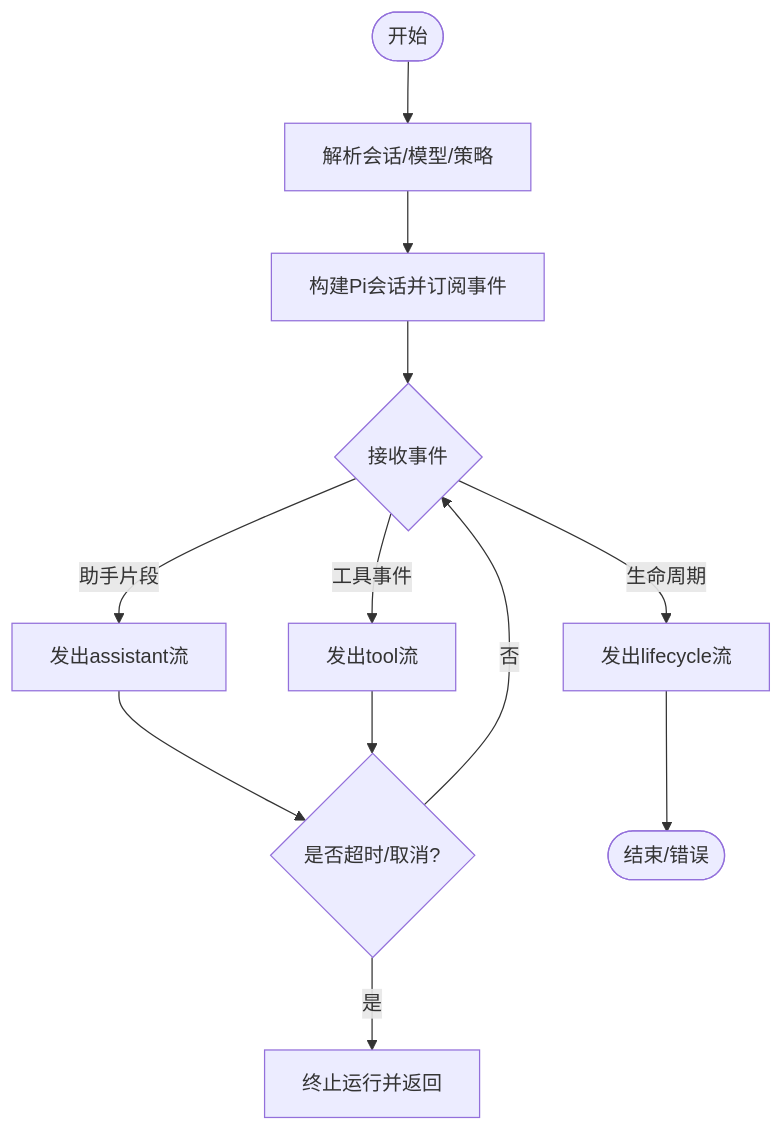
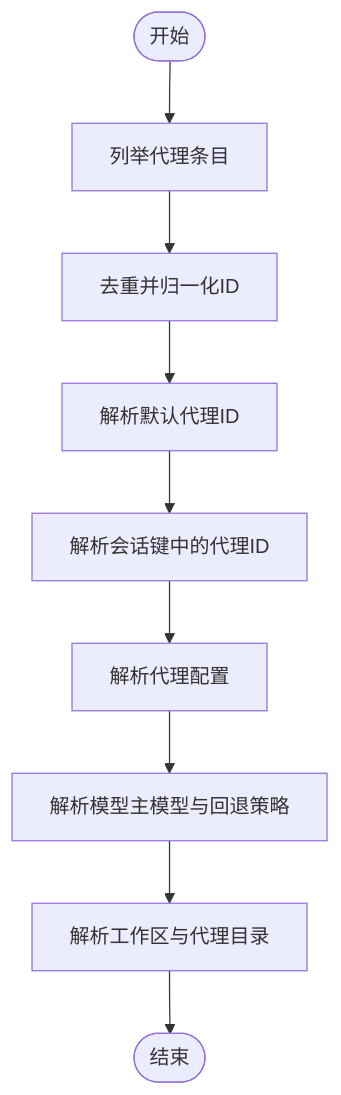
The third of 11 diagrams in .qoder/repowiki/zh/content/AI代理系统/AI代理系统.md (HACK-WU/openclaw), drawn with Mermaid before and after one commit. The commit also changed other lines of this file and 549 other files, not shown here.

````diff
--- a/.qoder/repowiki/zh/content/AI代理系统/AI代理系统.md
+++ b/.qoder/repowiki/zh/content/AI代理系统/AI代理系统.md
@@ -161,14 +154,11 @@
 ```mermaid
 flowchart TD
-Start(["开始"]) --> Resolve["解析会话/模型/策略"]
-Resolve --> Build["构建Pi会话并订阅事件"]
-Build --> Stream{"接收事件"}
-Stream --> |助手片段| EmitAssistant["发出assistant流"]
-Stream --> |工具事件| EmitTool["发出tool流"]
-Stream --> |生命周期| EmitLifecycle["发出lifecycle流"]
-EmitAssistant --> Timeout{"是否超时/取消?"}
-EmitTool --> Timeout
-EmitLifecycle --> Done(["结束/错误"])
-Timeout --> |是| Abort["终止运行并返回"]
-Timeout --> |否| Stream
+Start(["开始"]) --> List["列举代理条目"]
+List --> Dedup["去重并归一化ID"]
+Dedup --> Default["解析默认代理ID"]
+Default --> ParseKey["解析会话键中的代理ID"]
+ParseKey --> Config["解析代理配置"]
+Config --> Model["解析模型主模型与回退策略"]
+Model --> Workspace["解析工作区与代理目录"]
+Workspace --> End(["结束"])
 ```
````
